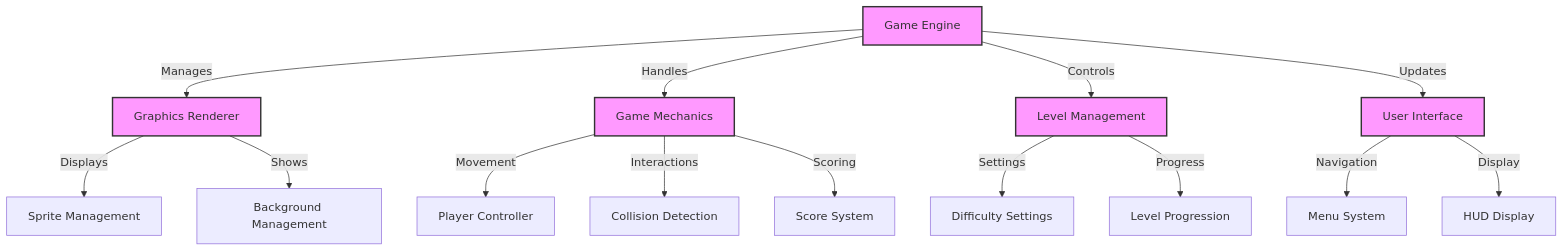
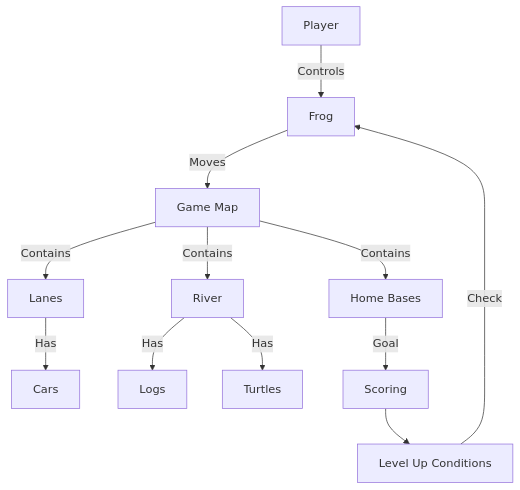
The diagram in Specification/Functional/FunctionalSpecification.md (algosup/2024-2025-project-1-fpga-team-5), drawn with Mermaid before and after one commit.

````diff
--- a/Specification/Functional/FunctionalSpecification.md
+++ b/Specification/Functional/FunctionalSpecification.md
@@ -784,31 +784,16 @@
 ```mermaid
 
-flowchart TB
-    GE[Game Engine]
-    GR[Graphics Renderer]
-    GM[Game Mechanics]
-    LM[Level Management]
-    UI[User Interface]
-
-    GE -->|Manages| GR
-    GE -->|Handles| GM
-    GE -->|Controls| LM
-    GE -->|Updates| UI
-
-    GR -->|Displays| Sprites[Sprite Management]
-    GR -->|Shows| BG[Background Management]
-
-    GM -->|Movement| PC[Player Controller]
-    GM -->|Interactions| CD[Collision Detection]
-    GM -->|Scoring| SS[Score System]
-
-    LM -->|Settings| DS[Difficulty Settings]
-    LM -->|Progress| LP[Level Progression]
-
-    UI -->|Navigation| Menu[Menu System]
-    UI -->|Display| HUD[HUD Display]
-
-    classDef gamecomp fill:#f9f,stroke:#333,stroke-width:2px;
-    class GE,GR,GM,LM,UI gamecomp;
+graph TD;
+    A[Player] -->|Controls| B[Frog]
+    B -->|Moves| C[Game Map]
+    C -->|Contains| D[Lanes]
+    C -->|Contains| E[River]
+    C -->|Contains| F[Home Bases]
+    D -->|Has| G[Cars]
+    E -->|Has| H[Logs]
+    E -->|Has| I[Turtles]
+    F -->|Goal| J[Scoring]
+    J --> K[Level Up Conditions]
+    K -->|Check| B
 
 ```
````
